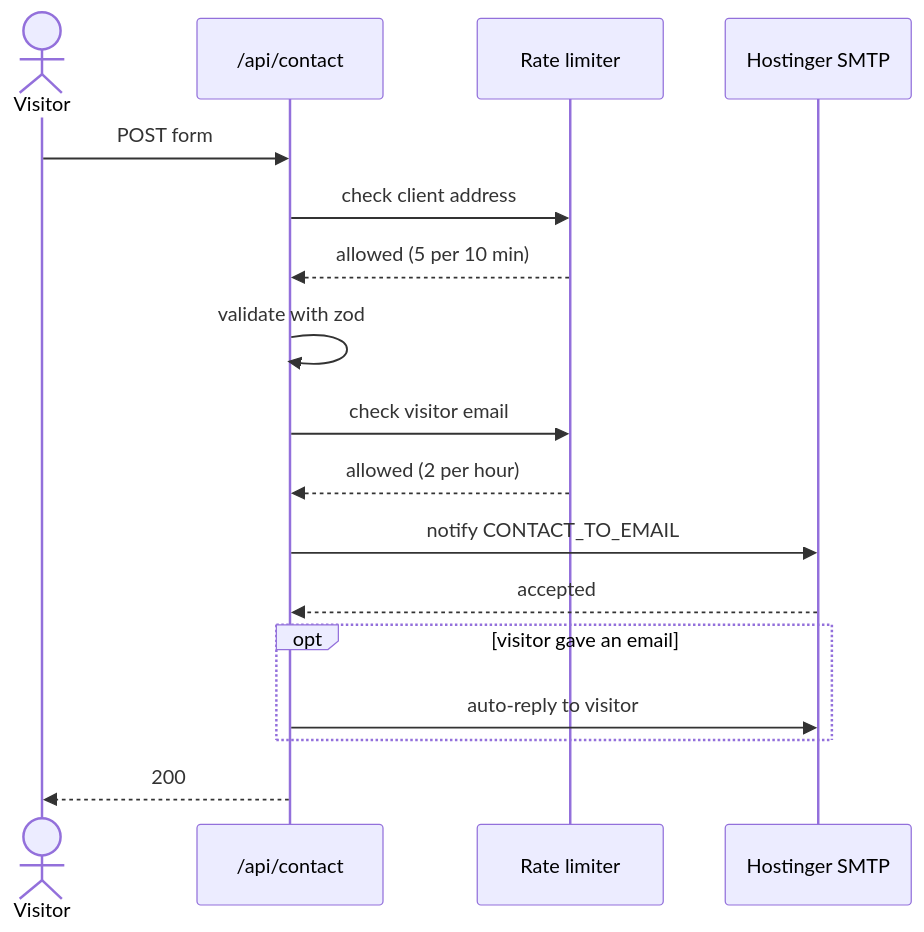
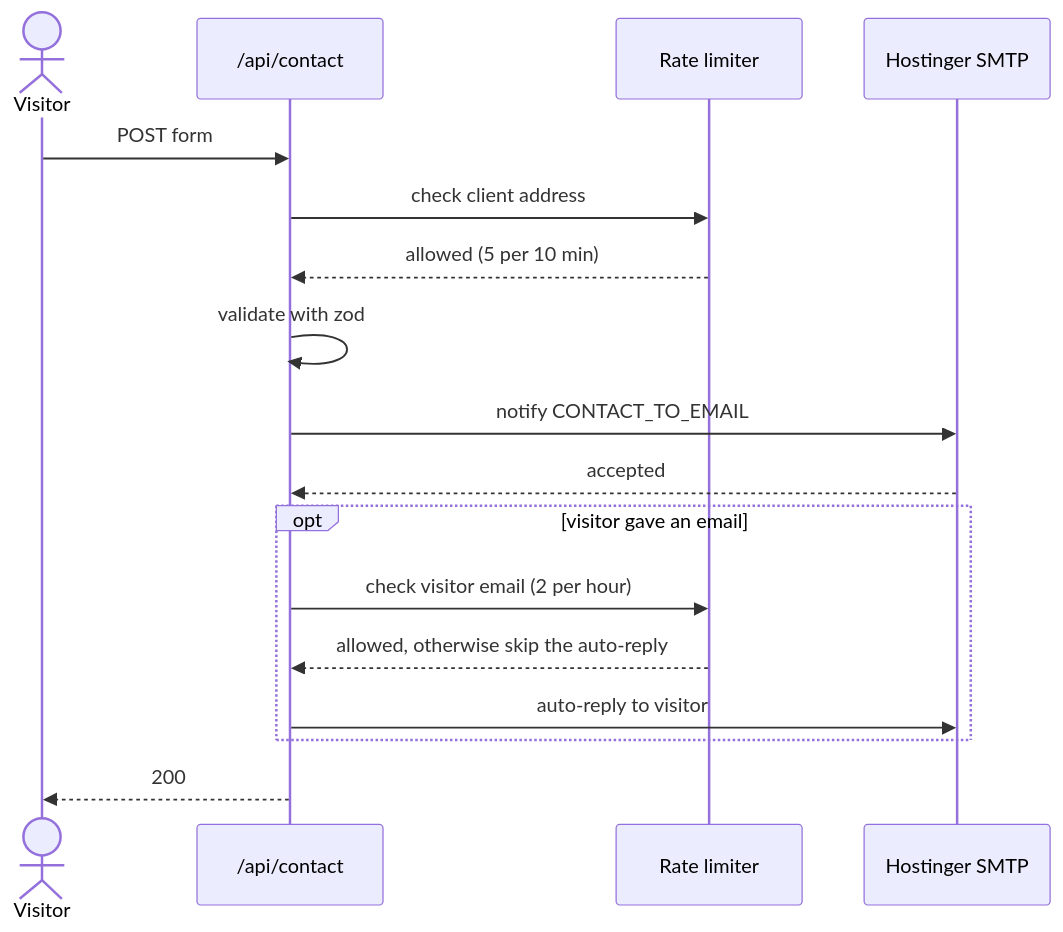
Before and after one commit to lawalOyinlola/a_certain_woman: the second of 2 diagrams in README.md, drawn with Mermaid. The commit also changed other lines of this file, not shown here.

Commit message:
Document the per-recipient limit change and the proxy header requirement

````diff
--- a/README.md
+++ b/README.md
@@ -92,19 +92,19 @@
 ```mermaid
 sequenceDiagram
     actor V as Visitor
     participant F as /api/contact
     participant L as Rate limiter
     participant H as Hostinger SMTP
     V->>F: POST form
     F->>L: check client address
     L-->>F: allowed (5 per 10 min)
     F->>F: validate with zod
-    F->>L: check visitor email
-    L-->>F: allowed (2 per hour)
     F->>H: notify CONTACT_TO_EMAIL
     H-->>F: accepted
     opt visitor gave an email
+        F->>L: check visitor email (2 per hour)
+        L-->>F: allowed, otherwise skip the auto-reply
         F->>H: auto-reply to visitor
     end
     F-->>V: 200
 ```
````
